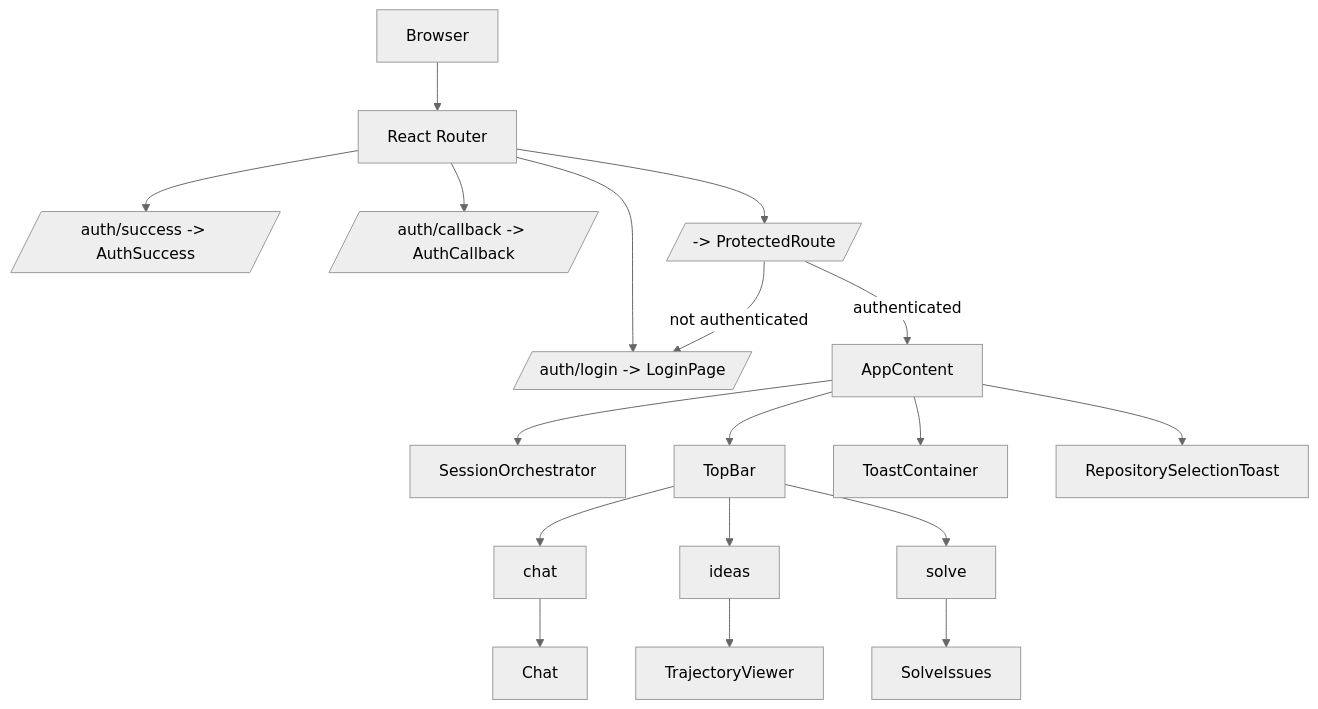
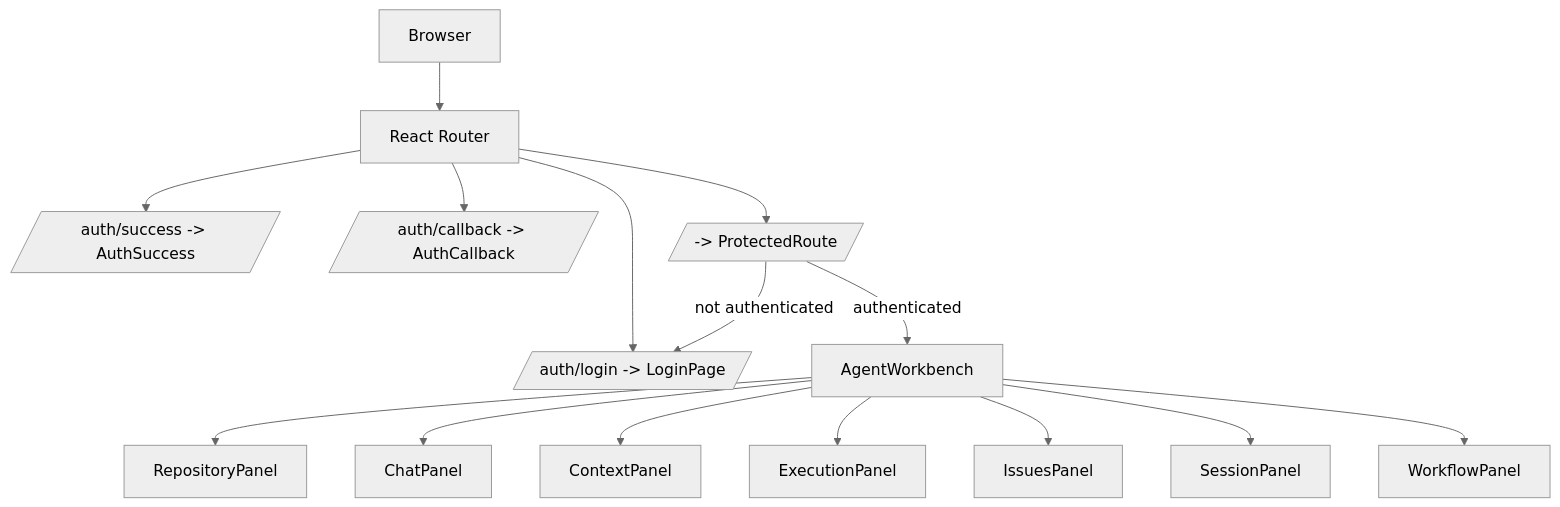
Before and after one commit to pranay5255/YudaiV3: the first of 3 diagrams in docs/frontend-architecture.md, drawn with Mermaid (neutral theme). The commit also changed other lines of this file, not shown here.

Commit message:
docs: update frontend architecture notes

````diff
--- a/docs/frontend-architecture.md
+++ b/docs/frontend-architecture.md
@@ -17,25 +19,20 @@
 ```mermaid
 flowchart TD
     Browser[Browser] --> Router[React Router]
 
     Router --> Login[/auth/login -> LoginPage/]
     Router --> Success[/auth/success -> AuthSuccess/]
     Router --> Callback[/auth/callback -> AuthCallback/]
     Router --> Root[/ -> ProtectedRoute/]
 
-    Root -->|authenticated| AppContent
+    Root -->|authenticated| AgentWorkbench
     Root -->|not authenticated| Login
 
-    AppContent --> SessionOrchestrator
-    AppContent --> TopBar
-    AppContent --> ToastContainer
-    AppContent --> RepositorySelectionToast
-
-    TopBar --> ChatTab[chat]
-    TopBar --> IdeasTab[ideas]
-    TopBar --> SolveTab[solve]
-
-    ChatTab --> Chat
-    IdeasTab --> TrajectoryViewer
-    SolveTab --> SolveIssues
+    AgentWorkbench --> RepositoryPanel
+    AgentWorkbench --> ChatPanel
+    AgentWorkbench --> ContextPanel
+    AgentWorkbench --> ExecutionPanel
+    AgentWorkbench --> IssuesPanel
+    AgentWorkbench --> SessionPanel
+    AgentWorkbench --> WorkflowPanel
 ```
````
